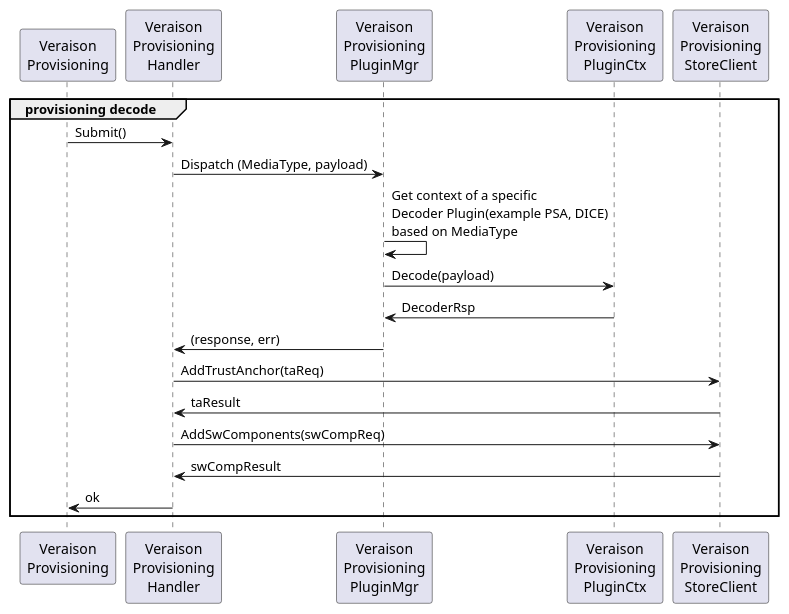
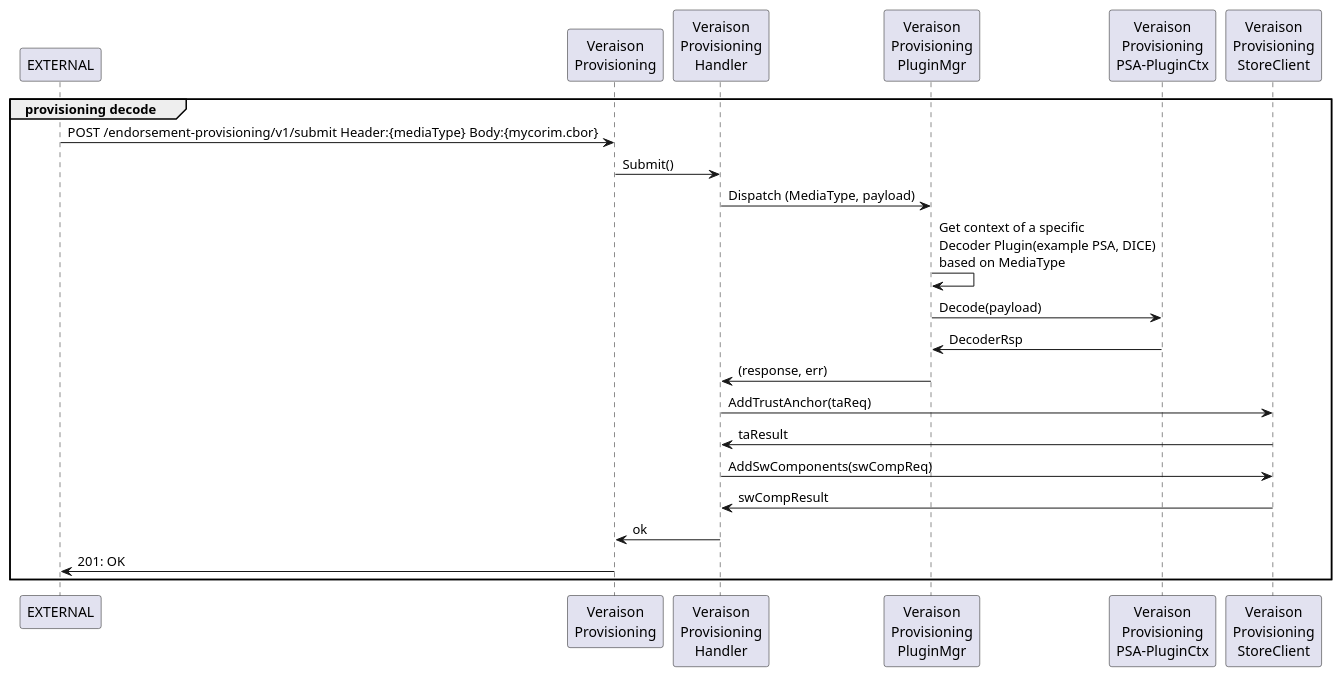
The diagram in diagrams/provisioning-veraison.puml (veraison/docs), drawn with PlantUML before and after one commit. The commit also changed 2 other files, not shown here.

```diff
--- a/diagrams/provisioning-veraison.puml
+++ b/diagrams/provisioning-veraison.puml
@@ -1,23 +1,26 @@
 @startuml
 
+participant "EXTERNAL" as EXT order 30
 participant "Veraison\nProvisioning" as PROV order 30
 participant "Veraison\nProvisioning\nHandler" as Handler order 35
 participant "Veraison\nProvisioning\nPluginMgr" as DecodePluginMgr order 40
-participant "Veraison\nProvisioning\nPluginCtx" as Ctx order 45
+participant "Veraison\nProvisioning\nPSA-PluginCtx" as Ctx order 45
 participant "Veraison\nProvisioning\nStoreClient" as Sc order 50
 
 group provisioning decode
+	EXT -> PROV: POST /endorsement-provisioning/v1/submit Header:{mediaType} Body:{mycorim.cbor}
 	PROV -> Handler: Submit()
     	Handler -> DecodePluginMgr : Dispatch (MediaType, payload)
 	DecodePluginMgr -> DecodePluginMgr : Get context of a specific\nDecoder Plugin(example PSA, DICE)\nbased on MediaType
 	DecodePluginMgr -> Ctx : Decode(payload)
 	Ctx -> DecodePluginMgr : DecoderRsp
     	DecodePluginMgr -> Handler : (response, err)
 	Handler -> Sc : AddTrustAnchor(taReq)
 	Sc -> Handler : taResult
 	Handler -> Sc : AddSwComponents(swCompReq)
 	Sc -> Handler : swCompResult
 	Handler -> PROV: ok
+	PROV -> EXT: 201: OK
 end
 
 @enduml
```
